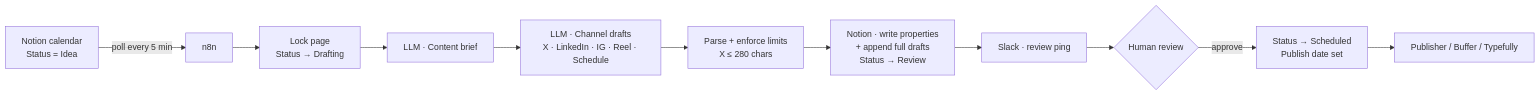
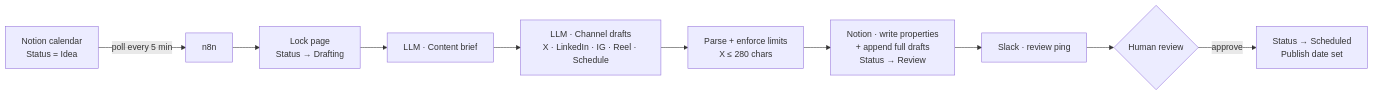
One commit to Saitarun29/content-ops-pipeline changed the diagram in README.md. Above: the diagram before and after it, drawn with Mermaid. The commit also changed other lines of this file, not shown here.

````diff
--- a/README.md
+++ b/README.md
@@ -39,13 +43,12 @@
 ```mermaid
 flowchart LR
     A[Notion calendar<br/>Status = Idea] -->|poll every 5 min| B[n8n]
     B --> C[Lock page<br/>Status → Drafting]
     C --> D[LLM · Content brief]
     D --> E[LLM · Channel drafts<br/>X · LinkedIn · IG · Reel · Schedule]
     E --> F[Parse + enforce limits<br/>X ≤ 280 chars]
     F --> G[Notion · write properties<br/>+ append full drafts<br/>Status → Review]
     G --> H[Slack · review ping]
     H --> I{Human review}
     I -->|approve| J[Status → Scheduled<br/>Publish date set]
-    J --> K[Publisher / Buffer / Typefully]
 ```
````
